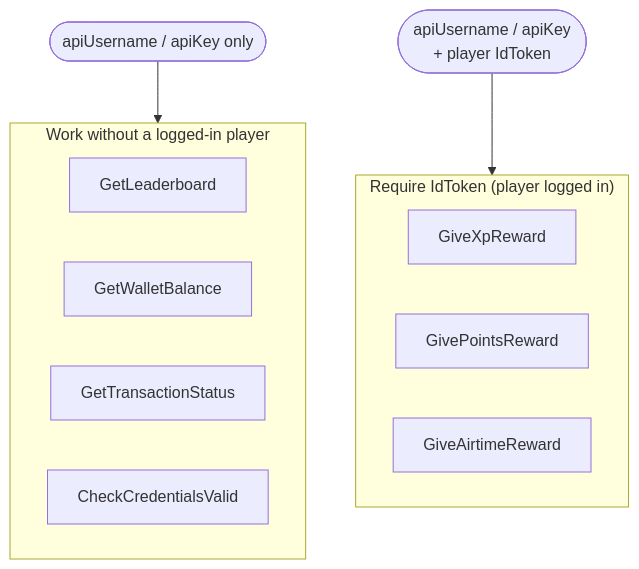
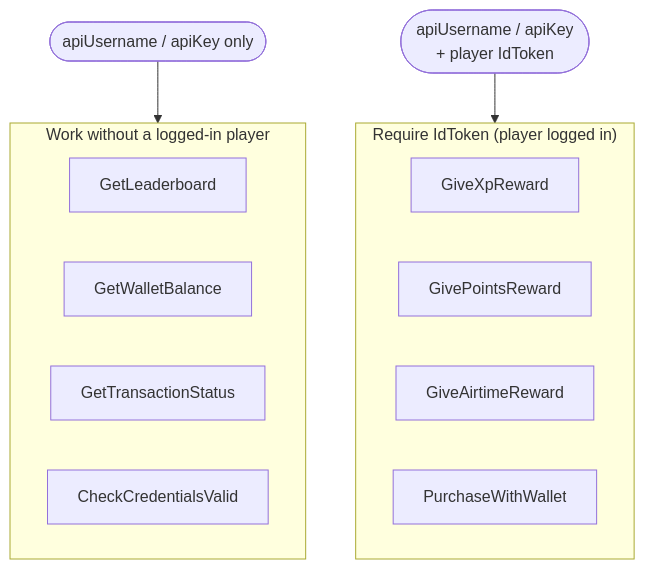
Before and after one commit to Jiwe-Studio/wallet-sdk-unity: the second of 5 diagrams in README.md, drawn with Mermaid. The commit also changed other lines of this file and 1 other file, not shown here.

````diff
--- a/README.md
+++ b/README.md
@@ -55,18 +55,19 @@
 ```mermaid
 flowchart TB
     subgraph NoLoginNeeded["Work without a logged-in player"]
         direction LR
         L1["GetLeaderboard"]
         L2["GetWalletBalance"]
         L3["GetTransactionStatus"]
         L4["CheckCredentialsValid"]
     end
     subgraph LoginRequired["Require IdToken (player logged in)"]
         direction LR
         R1["GiveXpReward"]
         R2["GivePointsReward"]
         R3["GiveAirtimeReward"]
+        R4["PurchaseWithWallet"]
     end
     Static(["apiUsername / apiKey only"]) --> NoLoginNeeded
     Token(["apiUsername / apiKey\n+ player IdToken"]) --> LoginRequired
 ```
````
